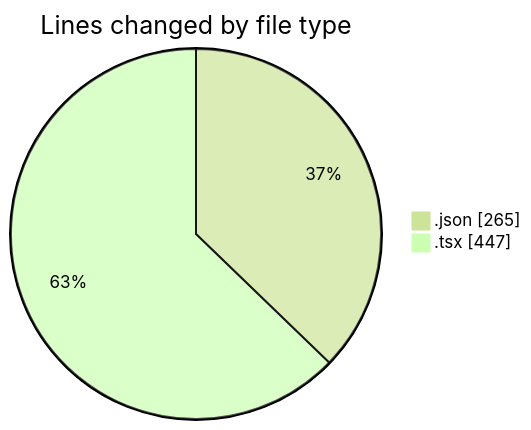
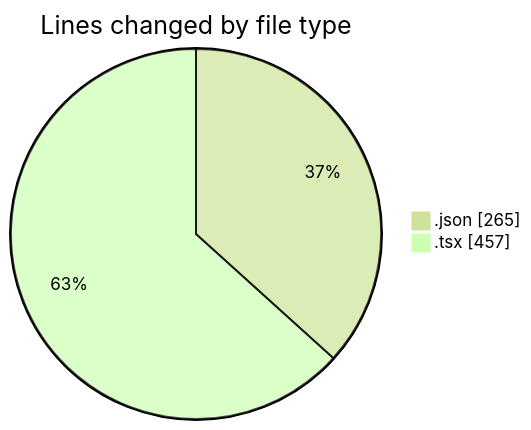
The first of 2 diagrams in 2026-04-22/cda/README.md (momahboobian/code-tracking), drawn with Mermaid (forest theme) before and after one commit. The commit also changed other lines of this file and 1 other file, not shown here.

````diff
--- a/2026-04-22/cda/README.md
+++ b/2026-04-22/cda/README.md
@@ -24,6 +24,6 @@
 ```mermaid
 pie showData
 title Lines changed by file type
 ".json" : 265
-".tsx" : 447
+".tsx" : 457
 ```
````
